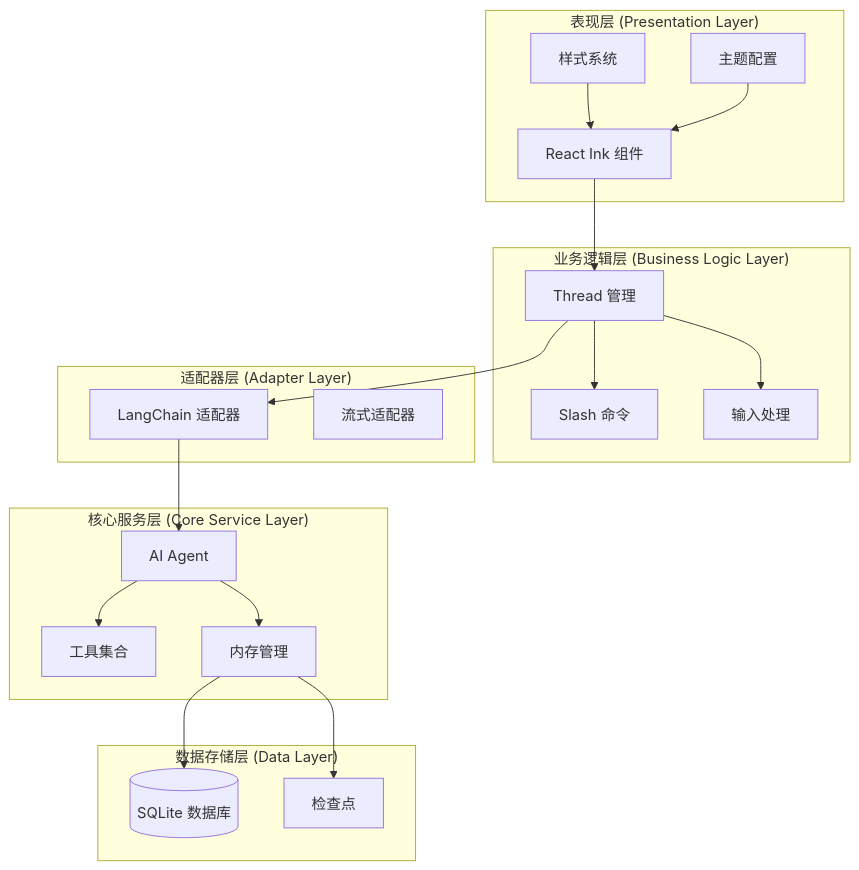
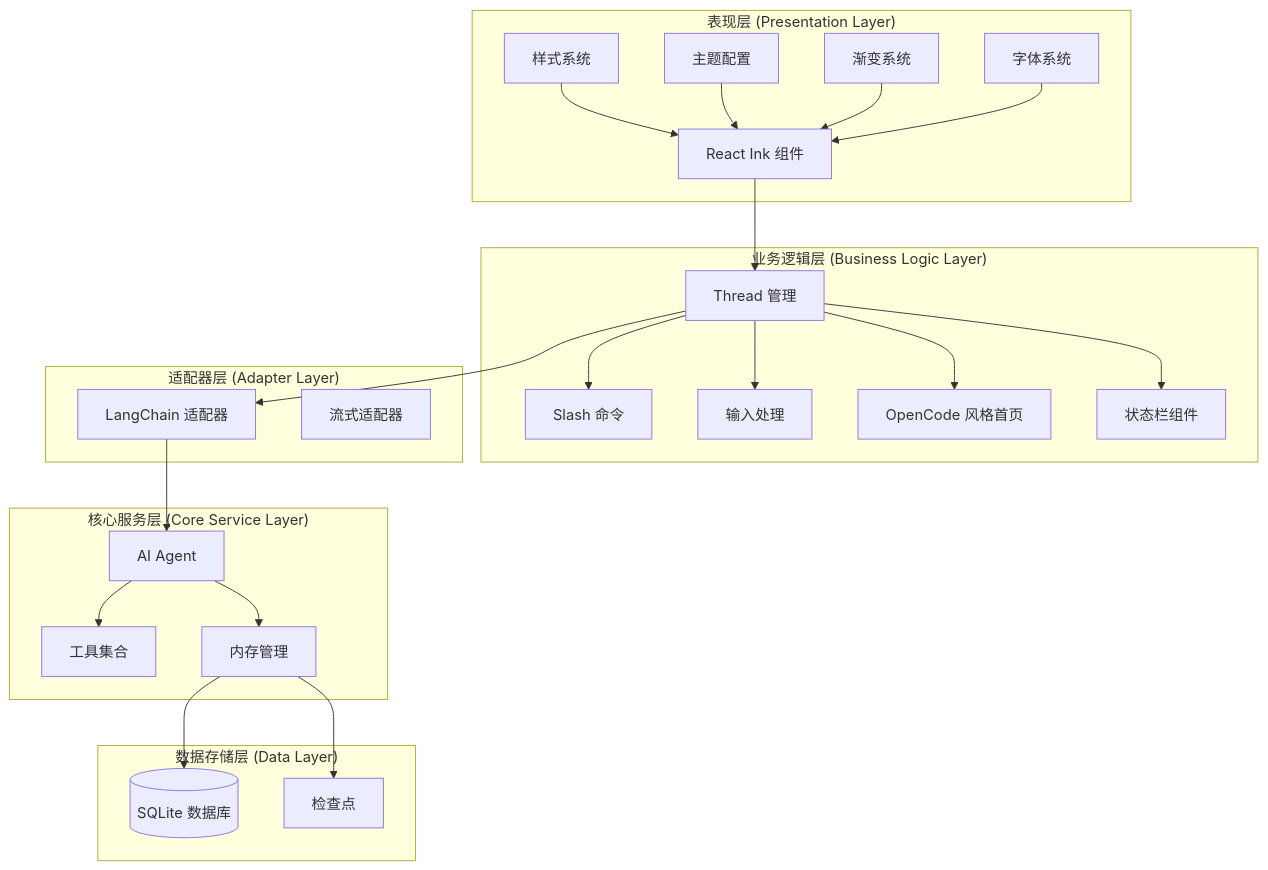
The fourth of 11 diagrams in .qoder/repowiki/zh/content/核心架构/React 终端 UI 组件.md (HAOFUYANG/onion-code), drawn with Mermaid before and after one commit. The commit also changed other lines of this file and 32 other files, not shown here.

````diff
--- a/.qoder/repowiki/zh/content/核心架构/React 终端 UI 组件.md
+++ b/.qoder/repowiki/zh/content/核心架构/React 终端 UI 组件.md
@@ -174,37 +211,45 @@
 ```mermaid
 graph TB
 subgraph "表现层 (Presentation Layer)"
 UI[React Ink 组件]
 Styles[样式系统]
 Themes[主题配置]
+Gradient[渐变系统]
+Figlet[字体系统]
 end
 subgraph "业务逻辑层 (Business Logic Layer)"
 Thread[Thread 管理]
 Commands[Slash 命令]
 Input[输入处理]
+HomePage[OpenCode 风格首页]
+StatusBar[状态栏组件]
 end
 subgraph "适配器层 (Adapter Layer)"
 LangChainAdapter[LangChain 适配器]
 StreamAdapter[流式适配器]
 end
 subgraph "核心服务层 (Core Service Layer)"
 Agent[AI Agent]
 Tools[工具集合]
 Memory[内存管理]
 end
 subgraph "数据存储层 (Data Layer)"
 SQLite[(SQLite 数据库)]
 Checkpoints[检查点]
 end
 UI --> Thread
+Thread --> HomePage
 Thread --> Commands
 Thread --> Input
+Thread --> StatusBar
 Thread --> LangChainAdapter
 LangChainAdapter --> Agent
 Agent --> Tools
 Agent --> Memory
 Memory --> SQLite
 Memory --> Checkpoints
 Styles --> UI
 Themes --> UI
+Gradient --> UI
+Figlet --> UI
 ```
````
